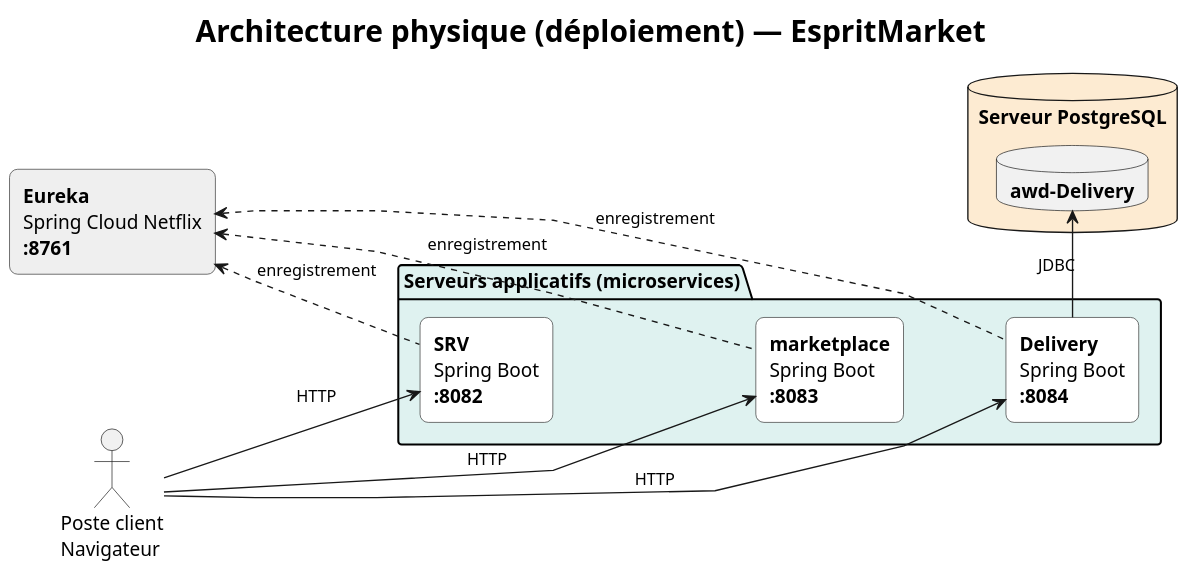
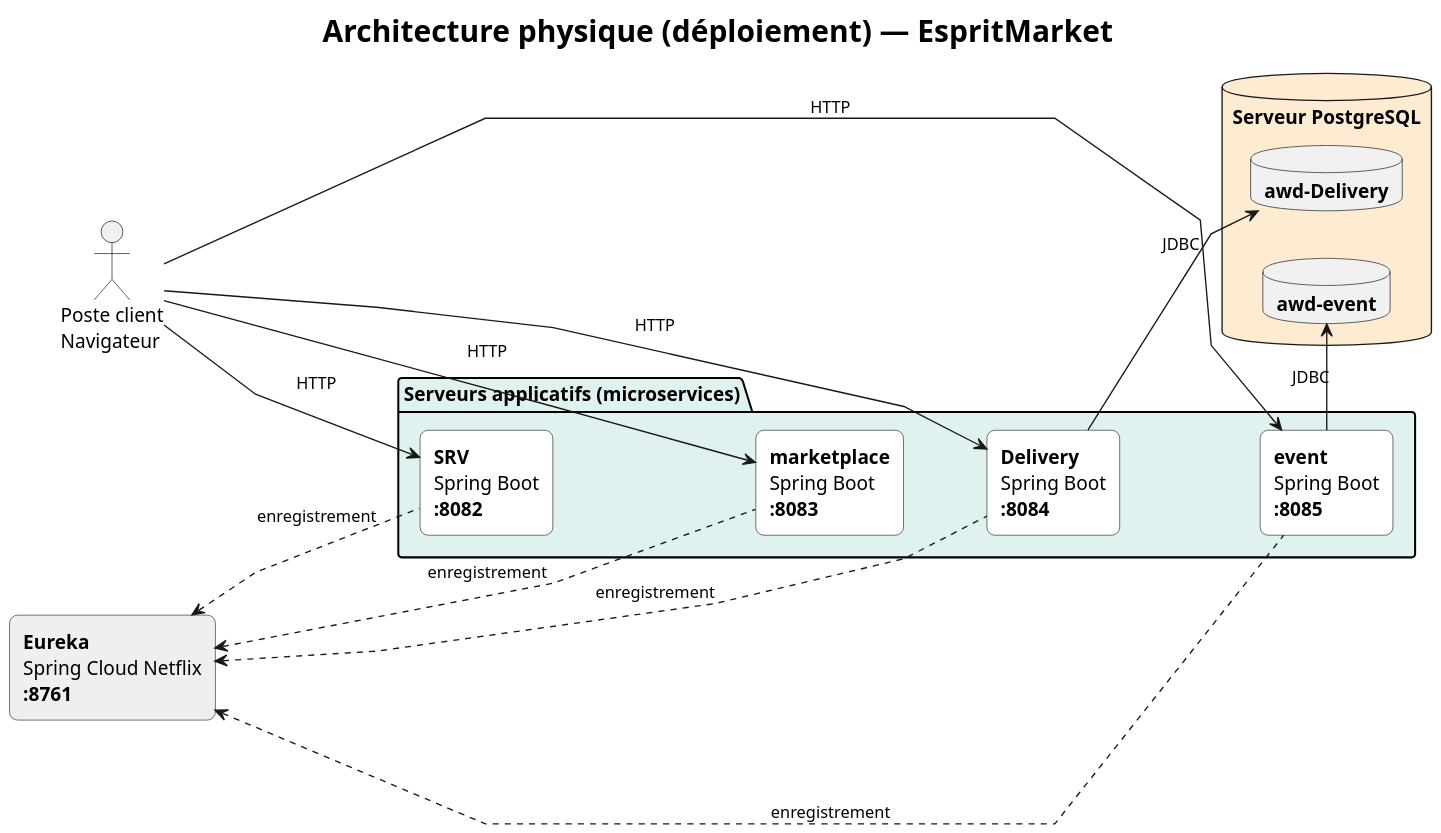
One commit to TheSphynxoid/AWD-EspritMarket changed the diagram in documentation/diag/architecture-physique.puml. Above: the diagram before and after it, drawn with PlantUML. The commit also changed 4 other files, not shown here.

Commit message:
Docs: add event microservice to tables, run steps and diagrams

```diff
--- a/documentation/diag/architecture-physique.puml
+++ b/documentation/diag/architecture-physique.puml
@@ -1,46 +1,52 @@
 @startuml architecture-physique
 
 title <size:22>**Architecture physique (déploiement) — EspritMarket**</size>
 
 left to right direction
 
 skinparam dpi 150
 skinparam shadowing false
 skinparam defaultFontName "Segoe UI"
 skinparam rectangleRoundCorner 12
 skinparam packageRectangleRoundCorner 18
 skinparam ArrowFontSize 12
 skinparam linetype polyline
 
 skinparam rectangle {
   BackgroundColor #FFFFFF
   BorderColor #333333
 }
 
 actor "Poste client\nNavigateur" as Client
 
 rectangle "**Eureka**\nSpring Cloud Netflix\n<b>:8761</b>" as EU #EFEFEF
 
 package "Serveurs applicatifs (microservices)" #DFF2F0 {
   rectangle "**SRV**\nSpring Boot\n<b>:8082</b>" as SRV
   rectangle "**marketplace**\nSpring Boot\n<b>:8083</b>" as MKT
   rectangle "**Delivery**\nSpring Boot\n<b>:8084</b>" as DEL
+  rectangle "**event**\nSpring Boot\n<b>:8085</b>" as EVT
   SRV -[hidden]down-> MKT
   MKT -[hidden]down-> DEL
+  DEL -[hidden]down-> EVT
 }
 
 database "Serveur PostgreSQL" #FDEBD2 {
   database "**awd-Delivery**" as AWDDB
+  database "**awd-event**" as EVTDB
 }
 
 Client -down-> SRV : HTTP
 Client -down-> MKT : HTTP
 Client -down-> DEL : HTTP
+Client -down-> EVT : HTTP
 
 SRV .up.> EU : enregistrement
 MKT .up.> EU : enregistrement
 DEL .up.> EU : enregistrement
+EVT .up.> EU : enregistrement
 
 DEL -right-> AWDDB : JDBC
+EVT -right-> EVTDB : JDBC
 
 @enduml
```
